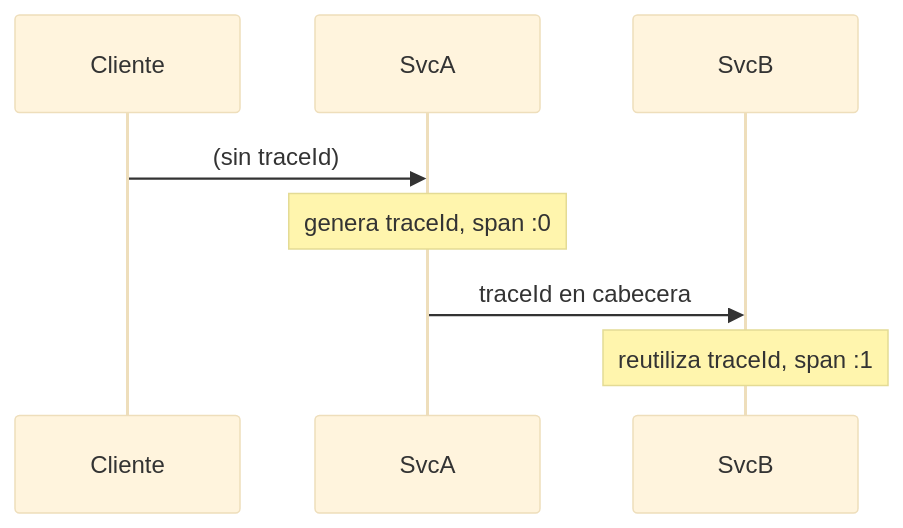
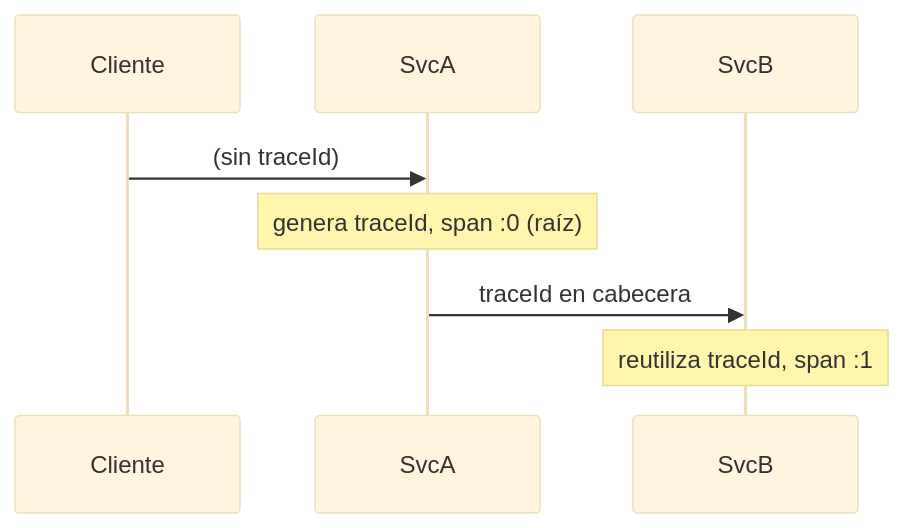
Before and after one commit to obiticadev/DAM-2025-26: the fourth of 4 diagrams in Programación/Aprendizaje autodidacta/11_APIRESTMasterclass/teoria/20_Observabilidad_Documentacion.md, drawn with Mermaid (base theme). The commit also changed other lines of this file and 69 other files, not shown here.

````diff
--- a/Programación/Aprendizaje autodidacta/11_APIRESTMasterclass/teoria/20_Observabilidad_Documentacion.md
+++ b/Programación/Aprendizaje autodidacta/11_APIRESTMasterclass/teoria/20_Observabilidad_Documentacion.md
@@ -61,7 +256,7 @@
 ```mermaid
 sequenceDiagram
     Cliente->>SvcA: (sin traceId)
-    Note over SvcA: genera traceId, span :0
+    Note over SvcA: genera traceId, span :0 (raíz)
     SvcA->>SvcB: traceId en cabecera
     Note over SvcB: reutiliza traceId, span :1
 ```
````
